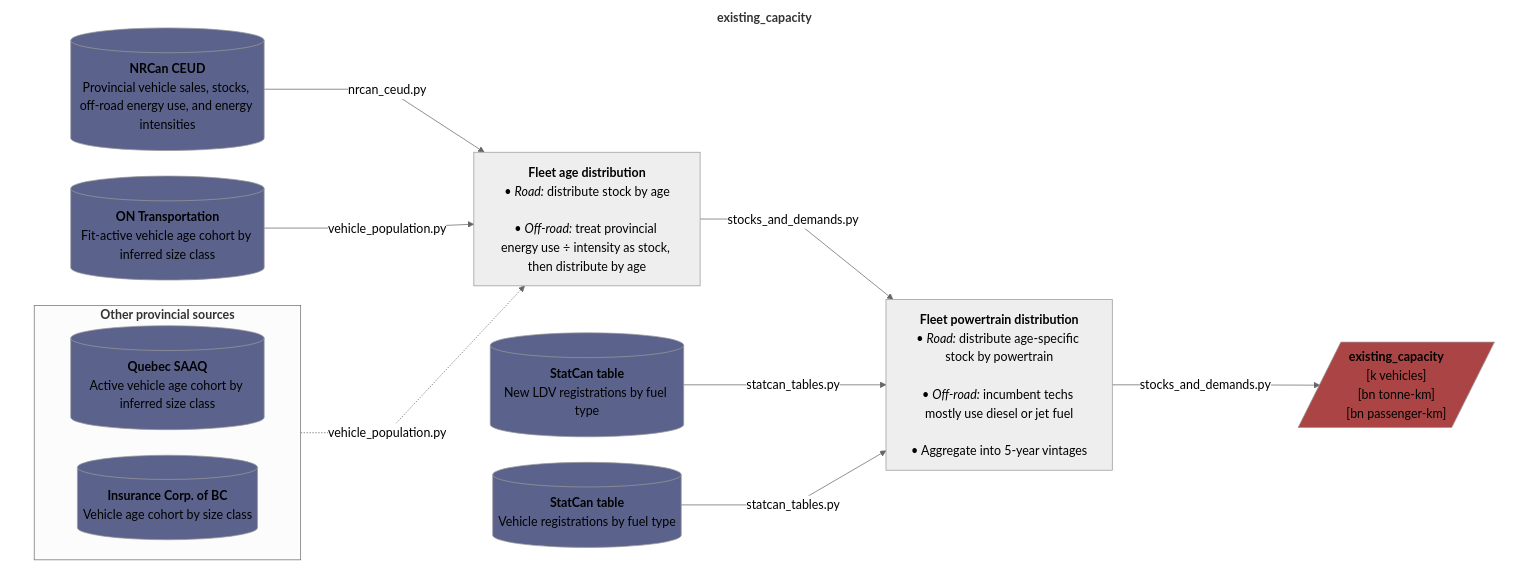
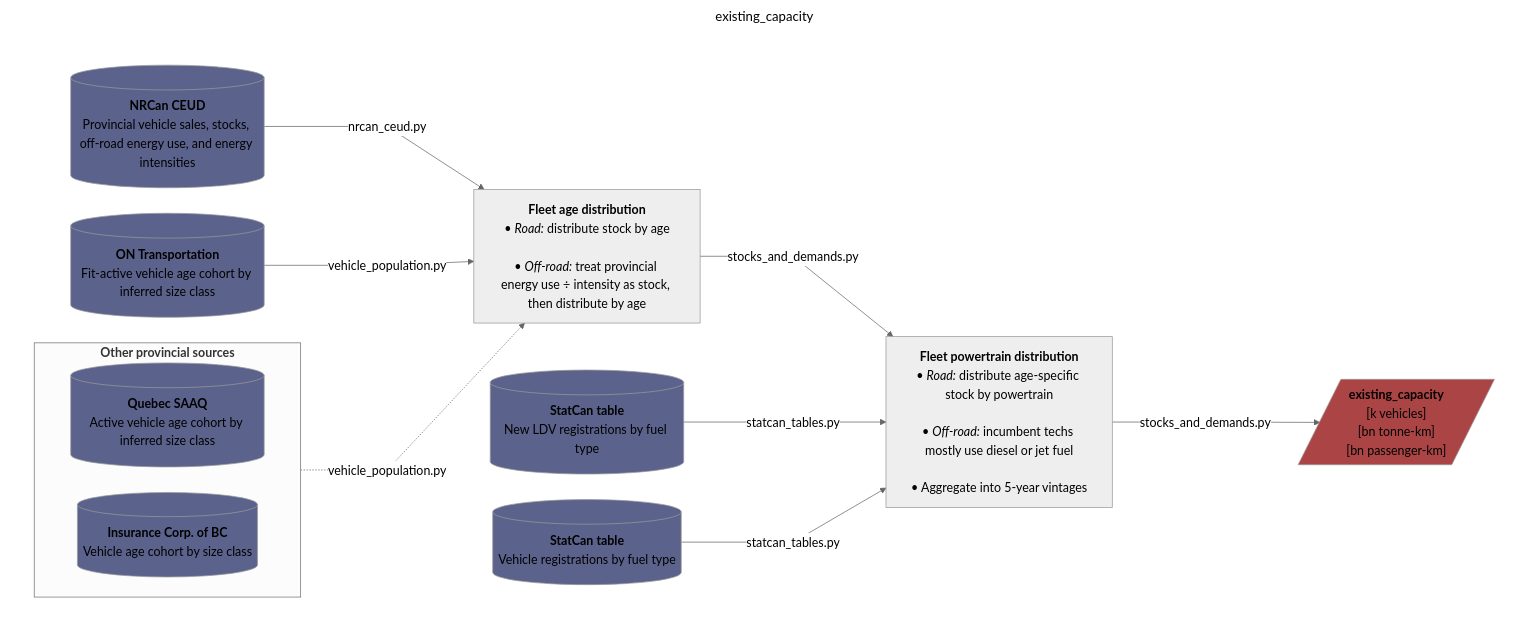
Before and after one commit to CANOE-main/canoe-transportation: the third of 9 diagrams in README.md, drawn with Mermaid. The commit also changed other lines of this file, not shown here.

Commit message:
Testing patch for text spilling flowcharts

````diff
--- a/README.md
+++ b/README.md
@@ -204,60 +204,61 @@
 ```mermaid
 ---
+title: existing_capacity
 config:
   layout: dagre
   theme: neutral
   themeVariables:
     fontSize: 17px
   flowchart:
     nodeSpacing: 35
     rankSpacing: 50
     wrappingWidth: 250
     curve: linear
 ---
 flowchart LR
-  subgraph canvas["`**existing_capacity**`"]
+  subgraph canvas[" "]
   direction LR
   %% --- Sources ---
   s0[("`**NRCan CEUD**<br>Provincial vehicle sales, stocks, off-road energy use, and energy intensities`")]
   s1[("`**ON Transportation**<br>Fit-active vehicle age cohort by inferred size class`")]
 
   subgraph expansion["`**Other provincial sources**`"]
     direction LR
     s2[("`**Quebec SAAQ**<br>Active vehicle age cohort by inferred size class`")]
     s3[("`**Insurance Corp. of BC**<br>Vehicle age cohort by size class`")]
   end
 
   s4[("`**StatCan table**<br>New LDV registrations by fuel type`")]
   s5[("`**StatCan table**<br>Vehicle registrations by fuel type`")]
 
   %% --- Processes ---
   p1["`**Fleet age distribution<br>**• *Road:* distribute stock by age<br><br>• *Off-road:* treat provincial energy use ÷ intensity as stock, then distribute by age`"]
   s0 -- nrcan_ceud.py --> p1
   s1 -- vehicle_population.py --> p1
   expansion -. "vehicle_population.py" .-> p1
 
   p2["`**Fleet powertrain distribution**<br>• *Road:* distribute age-specific stock by powertrain<br><br>• *Off-road:* incumbent techs mostly use diesel or jet fuel<br><br>• Aggregate into 5-year vintages`"]
   p1 -- stocks_and_demands.py --> p2
   s4 -- statcan_tables.py --> p2
   s5 -- statcan_tables.py --> p2
 
   p2 -- stocks_and_demands.py --> o1[/"`**existing_capacity**<br>[k vehicles]<br>[bn tonne-km]<br>[bn passenger-km]`"/]
   end
 
   %% --- Styling ---
   style canvas fill:#ffffff,stroke:#ffffff
   classDef database fill:#5b638c
   classDef doc fill:#608c5b
   classDef output fill:#ab4444
 
   class s0,s1,s2,s3,s4,s5 database;
   class o1 output;
 
   %% --- Hyperlinks ---
   click s5 "https://doi.org/10.25318/2310030801-eng"
   click s4 "https://doi.org/10.25318/2010002501-eng"
   click s3 "https://public.tableau.com/app/profile/icbc/viz/VehiclePopulationIntroPage/VehiclePopulationData"
   click s2 "https://www.donneesquebec.ca/recherche/dataset/vehicules-en-circulation"
   click s1 "https://data.ontario.ca/dataset/vehicle-population-data"
   click s0 "https://oee.nrcan.gc.ca/corporate/statistics/neud/dpa/menus/trends/comprehensive_tables/list.cfm"
 ```
````
